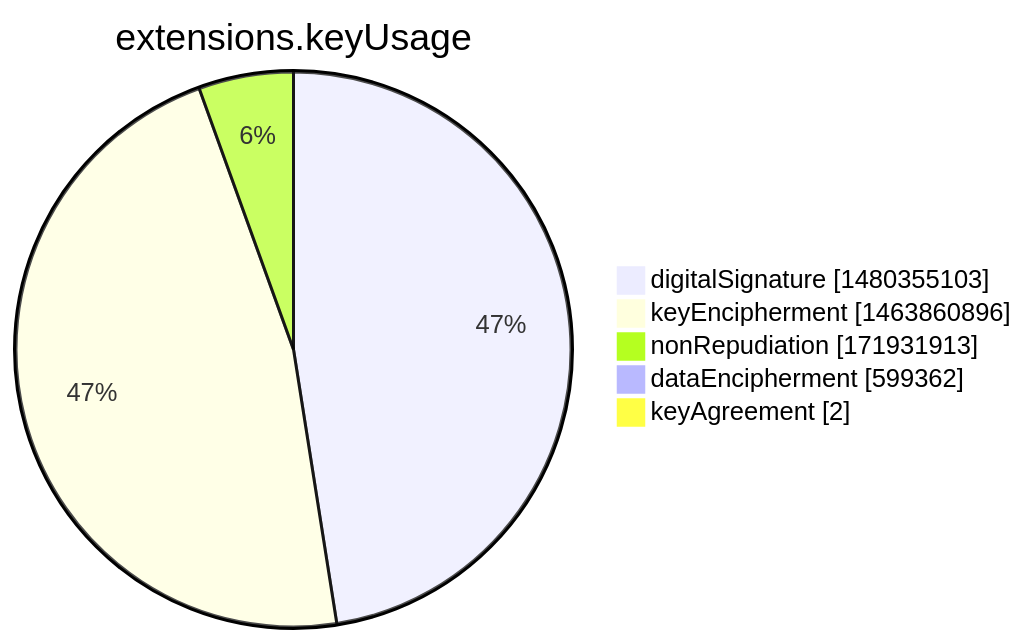
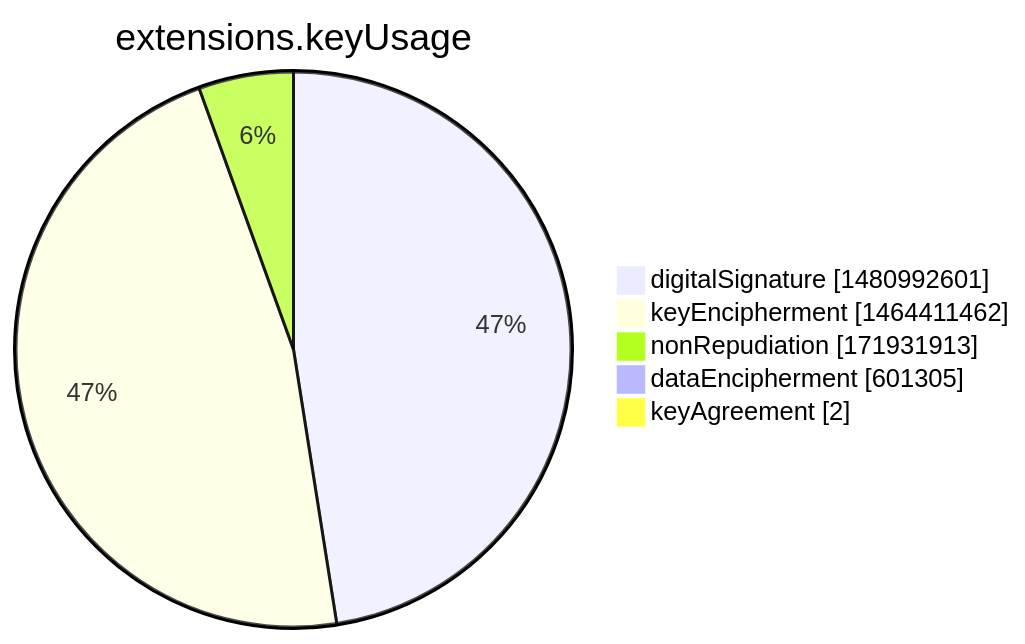
Before and after one commit to christiankrug/ctmonitor_visualization: the seventh of 15 diagrams in argon2022/README.md, drawn with Mermaid. The commit also changed other lines of this file, not shown here.

````diff
--- a/argon2022/README.md
+++ b/argon2022/README.md
@@ -2751,9 +2751,9 @@
 ```mermaid
 pie showData
 title extensions.keyUsage
-"digitalSignature" :1480355103
-"keyEncipherment" :1463860896
+"digitalSignature" :1480992601
+"keyEncipherment" :1464411462
 "nonRepudiation" :171931913
-"dataEncipherment" :599362
+"dataEncipherment" :601305
 "keyAgreement" :2
 ```
````
